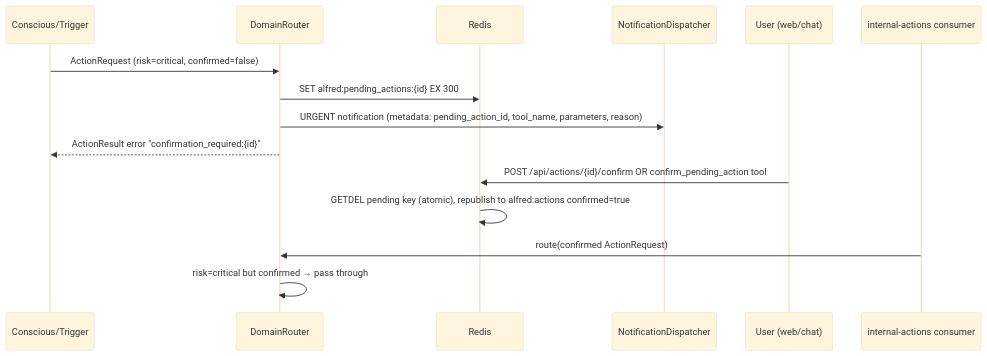
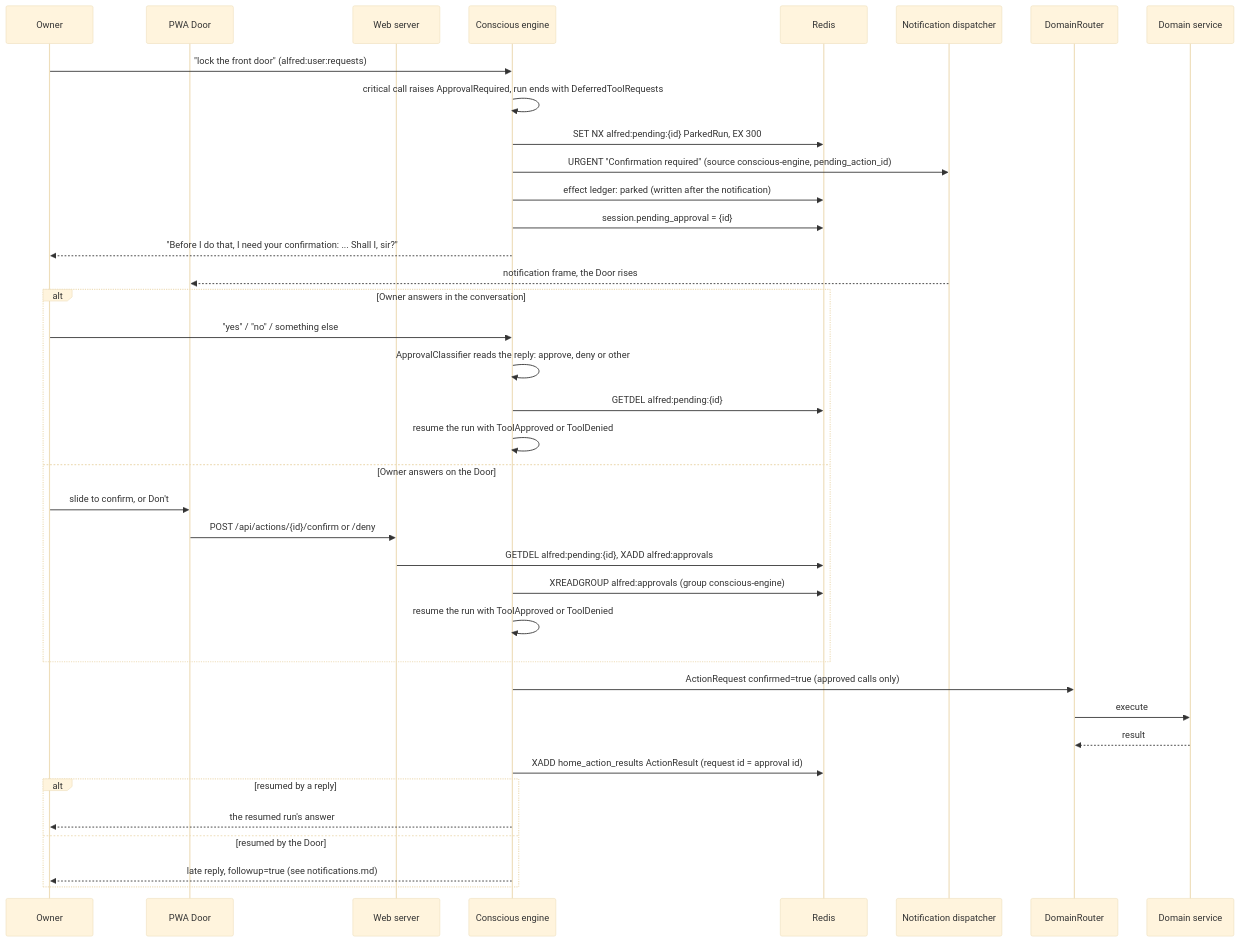
The diagram in docs/autonomy.md (anirudhlath/alfred), drawn with Mermaid (base theme) before and after one commit. The commit also changed other lines of this file and 114 other files, not shown here.

First line of the commit message:
feat(conscious): deferred approvals for critical actions (#391)

````diff
--- a/docs/autonomy.md
+++ b/docs/autonomy.md
@@ -66,18 +82,43 @@
 ```mermaid
 sequenceDiagram
-    participant CE as Conscious/Trigger
-    participant DR as DomainRouter
-    participant R as Redis
-    participant N as NotificationDispatcher
-    participant U as User (web/chat)
-    participant IC as internal-actions consumer
+    participant Owner
+    participant Door as PWA Door
+    participant Web as Web server
+    participant Engine as Conscious engine
+    participant Redis
+    participant Dispatcher as Notification dispatcher
+    participant Router as DomainRouter
+    participant Home as Domain service
 
-    CE->>DR: ActionRequest (risk=critical, confirmed=false)
-    DR->>R: SET alfred:pending_actions:{id} EX 300
-    DR->>N: URGENT notification (metadata: pending_action_id, tool_name, parameters, reason)
-    DR-->>CE: ActionResult error "confirmation_required:{id}"
-    U->>R: POST /api/actions/{id}/confirm  OR  confirm_pending_action tool
-    R->>R: GETDEL pending key (atomic), republish to alfred:actions confirmed=true
-    IC->>DR: route(confirmed ActionRequest)
-    DR->>DR: risk=critical but confirmed → pass through
+    Owner->>Engine: "lock the front door" (alfred:user:requests)
+    Engine->>Engine: critical call raises ApprovalRequired, run ends with DeferredToolRequests
+    Engine->>Redis: SET NX alfred:pending:{id} ParkedRun, EX 300
+    Engine->>Dispatcher: URGENT "Confirmation required" (source conscious-engine, pending_action_id)
+    Engine->>Redis: effect ledger: parked (written after the notification)
+    Engine->>Redis: session.pending_approval = {id}
+    Engine-->>Owner: "Before I do that, I need your confirmation: ... Shall I, sir?"
+    Dispatcher-->>Door: notification frame, the Door rises
+
+    alt Owner answers in the conversation
+        Owner->>Engine: "yes" / "no" / something else
+        Engine->>Engine: ApprovalClassifier reads the reply: approve, deny or other
+        Engine->>Redis: GETDEL alfred:pending:{id}
+        Engine->>Engine: resume the run with ToolApproved or ToolDenied
+    else Owner answers on the Door
+        Owner->>Door: slide to confirm, or Don't
+        Door->>Web: POST /api/actions/{id}/confirm or /deny
+        Web->>Redis: GETDEL alfred:pending:{id}, XADD alfred:approvals
+        Engine->>Redis: XREADGROUP alfred:approvals (group conscious-engine)
+        Engine->>Engine: resume the run with ToolApproved or ToolDenied
+    end
+
+    Engine->>Router: ActionRequest confirmed=true (approved calls only)
+    Router->>Home: execute
+    Home-->>Router: result
+    Engine->>Redis: XADD home_action_results ActionResult (request id = approval id)
+    alt resumed by a reply
+        Engine-->>Owner: the resumed run's answer
+    else resumed by the Door
+        Engine-->>Owner: late reply, followup=true (see notifications.md)
+    end
 ```
````
